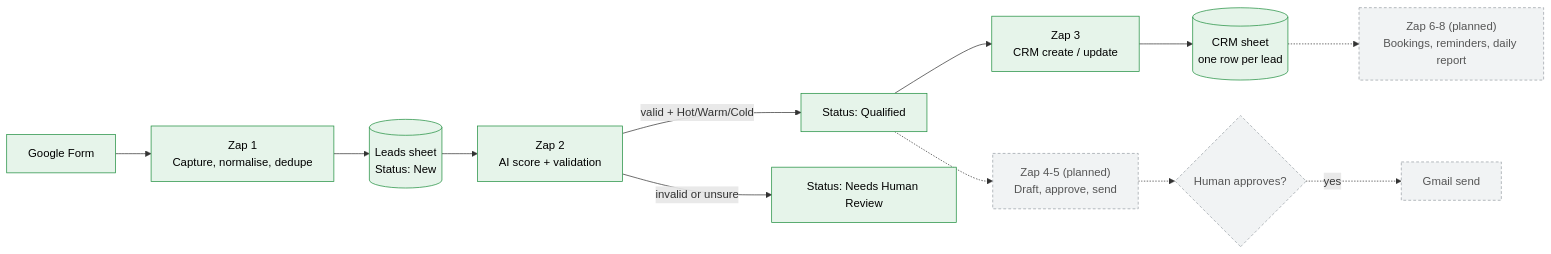
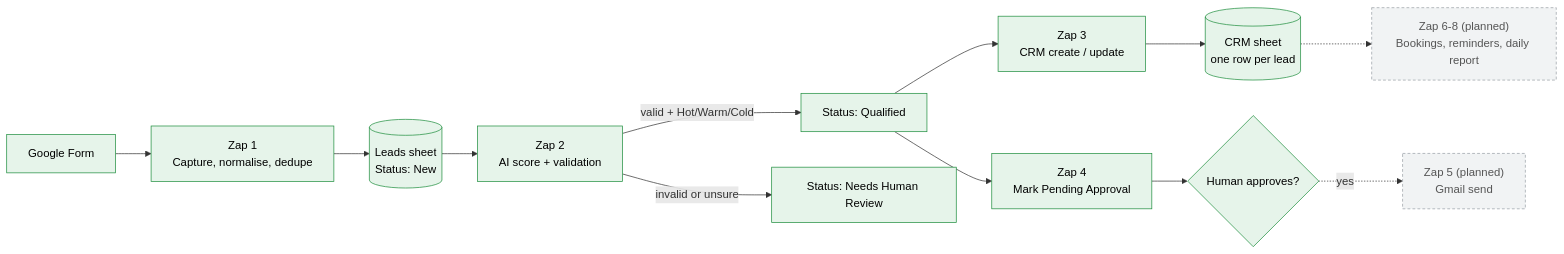
The diagram in README.md (ara-5/AI-Sales-Lead-Conversion-Automation), drawn with Mermaid before and after one commit. The commit also changed other lines of this file and 3 other files, not shown here.

First line of the commit message:
Record Zap 4 live run (TC-17) and mark it live

````diff
--- a/README.md
+++ b/README.md
@@ -17,18 +17,18 @@
 ```mermaid
 flowchart LR
   F[Google Form] --> Z1["Zap 1<br/>Capture, normalise, dedupe"]
   Z1 --> L[("Leads sheet<br/>Status: New")]
   L --> Z2["Zap 2<br/>AI score + validation"]
   Z2 -->|valid + Hot/Warm/Cold| Q["Status: Qualified"]
   Z2 -->|invalid or unsure| H["Status: Needs Human Review"]
   Q --> Z3["Zap 3<br/>CRM create / update"]
   Z3 --> C[("CRM sheet<br/>one row per lead")]
-  Q -.-> Z4["Zap 4-5 (planned)<br/>Draft, approve, send"]
-  Z4 -.-> A{Human approves?}
-  A -.->|yes| G[Gmail send]
+  Q --> Z4["Zap 4<br/>Mark Pending Approval"]
+  Z4 --> A{Human approves?}
+  A -.->|yes| G["Zap 5 (planned)<br/>Gmail send"]
   C -.-> Z78["Zap 6-8 (planned)<br/>Bookings, reminders, daily report"]
   classDef live fill:#e6f4ea,stroke:#1e8e3e,color:#000;
   classDef planned fill:#f1f3f4,stroke:#9aa0a6,color:#555,stroke-dasharray: 4 3;
-  class F,Z1,L,Z2,Q,H,Z3,C live;
-  class Z4,A,G,Z78 planned;
+  class F,Z1,L,Z2,Q,H,Z3,C,Z4,A live;
+  class G,Z78 planned;
 ```
````
